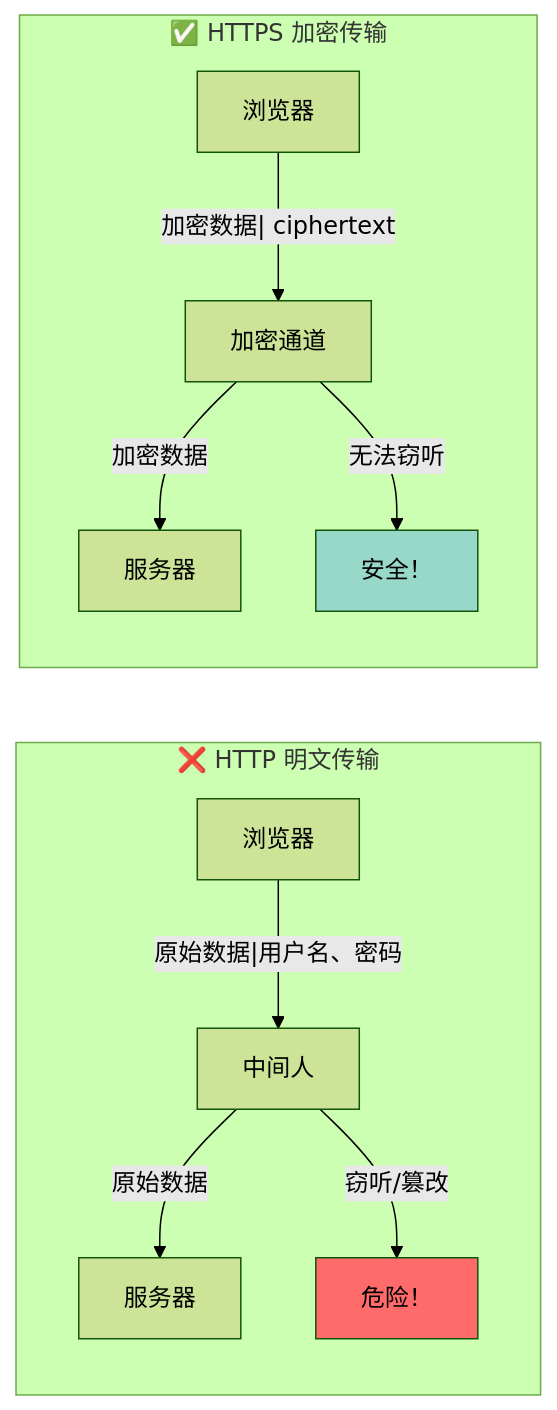
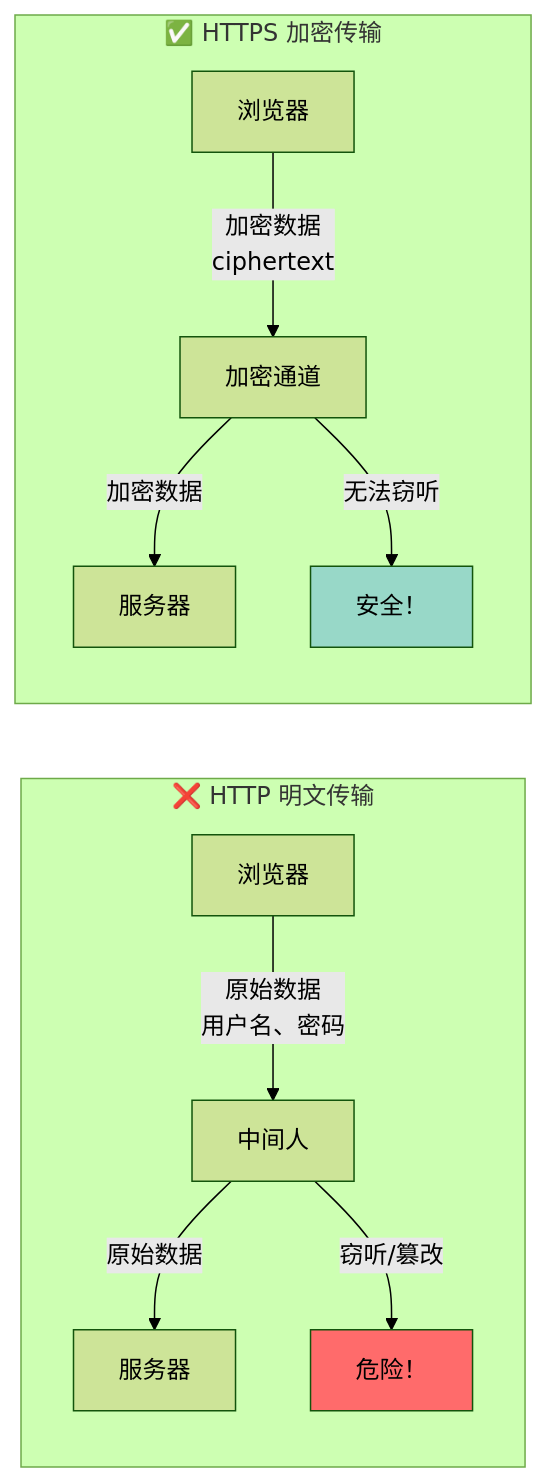
One commit to before80/prgms changed diagram 19 of 31 in content/Js/basic/Chapter-38-web-security.md. Above: the diagram before and after it, drawn with Mermaid (forest theme). The commit also changed other lines of this file and 1645 other files, not shown here.

````diff
--- a/content/Js/basic/Chapter-38-web-security.md
+++ b/content/Js/basic/Chapter-38-web-security.md
@@ -1703,15 +1703,15 @@
 ```mermaid
 graph LR
     subgraph HTTP["❌ HTTP 明文传输"]
-        A1["浏览器"] -->|"原始数据|用户名、密码"| B["中间人"]
+        A1["浏览器"] -->|"原始数据<br/>用户名、密码"| B["中间人"]
         B -->|"原始数据"| C["服务器"]
         B -->|"窃听/篡改"| D["危险！"]
     end
     subgraph HTTPS["✅ HTTPS 加密传输"]
-        A2["浏览器"] -->|"加密数据| ciphertext"| E["加密通道"]
+        A2["浏览器"] -->|"加密数据<br/> ciphertext"| E["加密通道"]
         E -->|"加密数据"| F["服务器"]
         E -->|"无法窃听"| G["安全！"]
     end
     style D fill:#ff6b6b
     style G fill:#98d8c8
 ```
````
